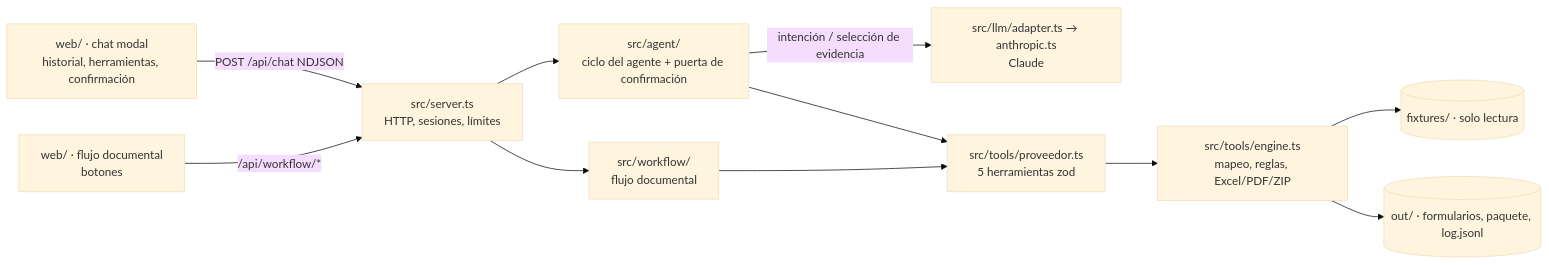
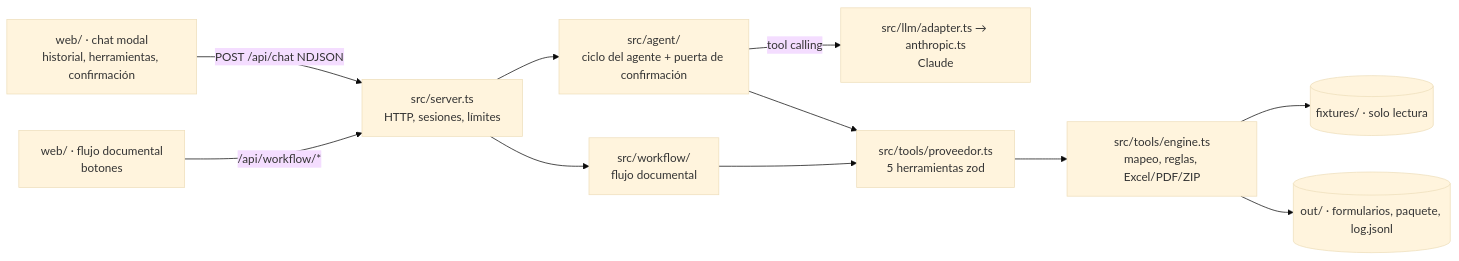
The diagram in SOLUCION.md (elianatorres5772/Reto), drawn with Mermaid (base theme) before and after one commit. The commit also changed other lines of this file and 15 other files, not shown here.

First line of the commit message:
Ciclo del agente con tool calling de Claude

````diff
--- a/SOLUCION.md
+++ b/SOLUCION.md
@@ -9,13 +9,13 @@
 ```mermaid
 flowchart LR
     Chat[web/ · chat modal<br/>historial, herramientas, confirmación] -->|POST /api/chat NDJSON| Server[src/server.ts<br/>HTTP, sesiones, límites]
     Docs[web/ · flujo documental<br/>botones] -->|/api/workflow/*| Server
     Server --> Agent[src/agent/<br/>ciclo del agente + puerta de confirmación]
     Server --> Workflow[src/workflow/<br/>flujo documental]
-    Agent -->|intención / selección de evidencia| LLM[src/llm/adapter.ts → anthropic.ts<br/>Claude]
+    Agent -->|tool calling| LLM[src/llm/adapter.ts → anthropic.ts<br/>Claude]
     Agent --> Tools[src/tools/proveedor.ts<br/>5 herramientas zod]
     Workflow --> Tools
     Tools --> Engine[src/tools/engine.ts<br/>mapeo, reglas, Excel/PDF/ZIP]
     Engine --> Fixtures[(fixtures/ · solo lectura)]
     Engine --> Out[(out/ · formularios, paquete, log.jsonl)]
 ```
````
